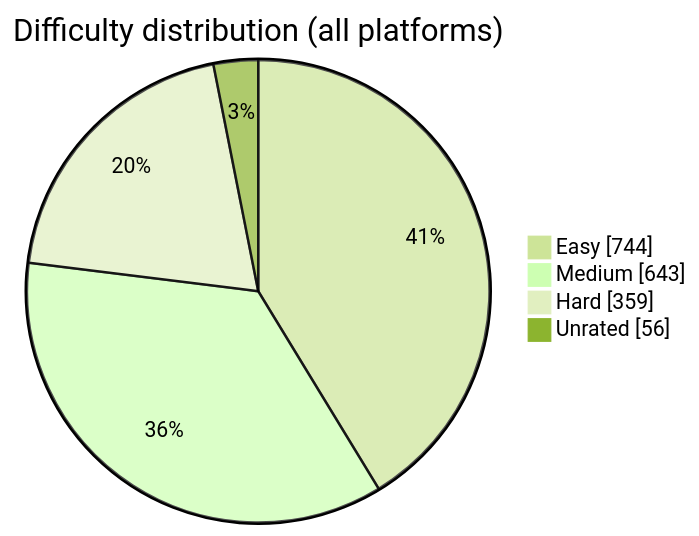
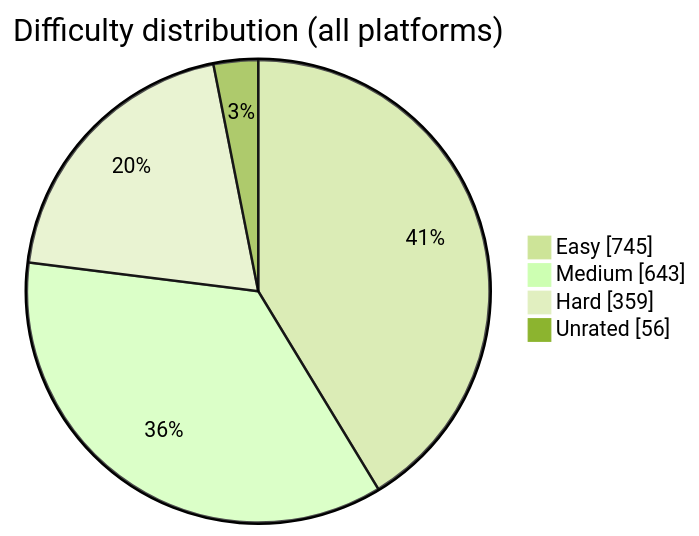
Before and after one commit to BuildbyArindam/Daily-Coding-Log: the diagram in README.md, drawn with Mermaid (forest theme). The commit also changed other lines of this file, not shown here.

````diff
--- a/README.md
+++ b/README.md
@@ -108,7 +108,7 @@
 ```mermaid
 pie showData title Difficulty distribution (all platforms)
-    "Easy" : 744
+    "Easy" : 745
     "Medium" : 643
     "Hard" : 359
     "Unrated" : 56
 ```
````
